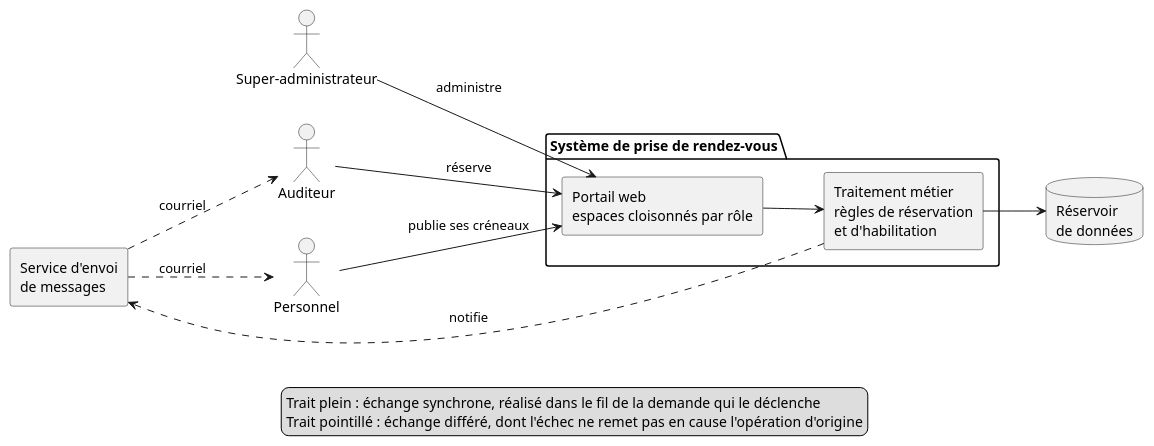
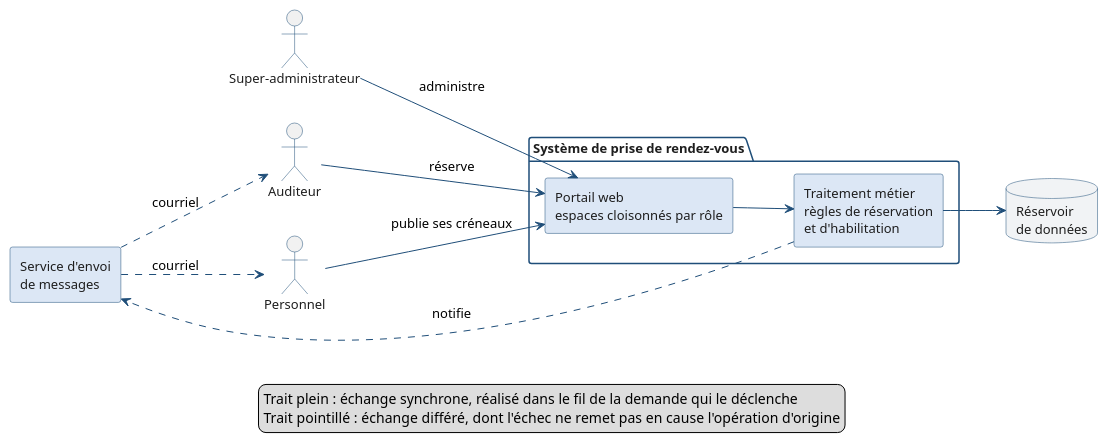
Before and after one commit to sgahovey/creaslot: the diagram in docs/conception/diagrammes/architecture-conceptuelle-usage.puml, drawn with PlantUML. The commit also changed 49 other files, not shown here.

First line of the commit message:
docs(conception): regroupe les diagrammes et captures

```diff
--- a/docs/conception/diagrammes/architecture-conceptuelle-usage.puml
+++ b/docs/conception/diagrammes/architecture-conceptuelle-usage.puml
@@ -1,33 +1,59 @@
 @startuml
 skinparam componentStyle rectangle
 skinparam shadowing false
 skinparam defaultFontName Sans
+skinparam defaultFontSize 13
+skinparam component {
+  BorderColor #1F4E79
+  BackgroundColor #DCE7F5
+  FontColor #1E1E1E
+}
+skinparam database {
+  BorderColor #1F4E79
+  BackgroundColor #F1F3F5
+  FontColor #1E1E1E
+}
+skinparam actor {
+  BorderColor #1F4E79
+  FontColor #1E1E1E
+}
+skinparam package {
+  BorderColor #1F4E79
+  BackgroundColor #FFFFFF
+  FontColor #1E1E1E
+}
+skinparam ArrowColor #1F4E79
+skinparam note {
+  BorderColor #1F4E79
+  BackgroundColor #F1F3F5
+  FontColor #1E1E1E
+}
 left to right direction
 
 actor "Auditeur" as AUD
 actor "Personnel" as PER
 actor "Super-administrateur" as ADM
 
 package "Système de prise de rendez-vous" {
   component "Portail web\nespaces cloisonnés par rôle" as PORTAIL
   component "Traitement métier\nrègles de réservation\net d'habilitation" as METIER
 }
 
 database "Réservoir\nde données" as DONNEES
 component "Service d'envoi\nde messages" as MSG
 
 AUD --> PORTAIL : réserve
 PER --> PORTAIL : publie ses créneaux
 ADM --> PORTAIL : administre
 
 PORTAIL --> METIER
 METIER --> DONNEES
 METIER ..> MSG : notifie
 MSG ..> AUD : courriel
 MSG ..> PER : courriel
 
 legend bottom
   Trait plein : échange synchrone, réalisé dans le fil de la demande qui le déclenche
   Trait pointillé : échange différé, dont l'échec ne remet pas en cause l'opération d'origine
 endlegend
 @enduml
```
